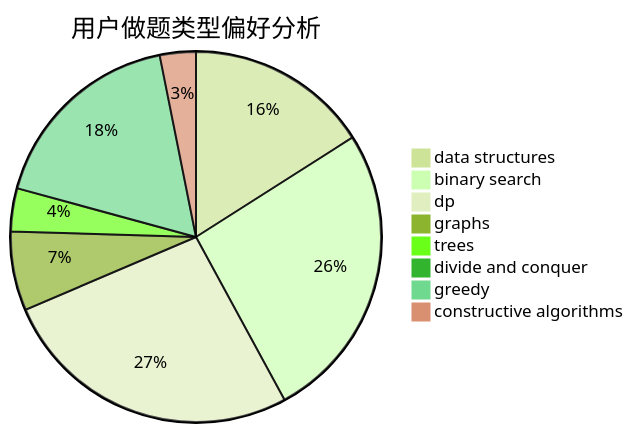
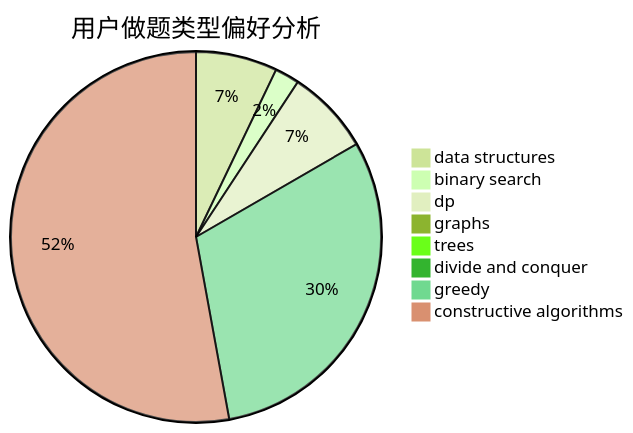
Before and after one commit to sherpahu/cfrs.github.io: the second of 3 diagrams in docs/user/u2638.md, drawn with Mermaid (forest theme). The commit also changed other lines of this file and 2770 other files, not shown here.

````diff
--- a/docs/user/u2638.md
+++ b/docs/user/u2638.md
@@ -23,11 +23,11 @@
 ```mermaid
 pie title 用户做题类型偏好分析
-    "data structures" :  234
-    "binary search" :  382
-    "dp" :  388
-    "graphs" :  101
-    "trees" :  55
-    "divide and conquer" :  0
-    "greedy" :  258
-    "constructive algorithms" :  46
+    "data structures" :  73
+    "binary search" :  22
+    "dp" :  76
+    "graphs" :  9
+    "trees" :  7
+    "divide and conquer" :  10
+    "greedy" :  313
+    "constructive algorithms" :  543
 ```
````
